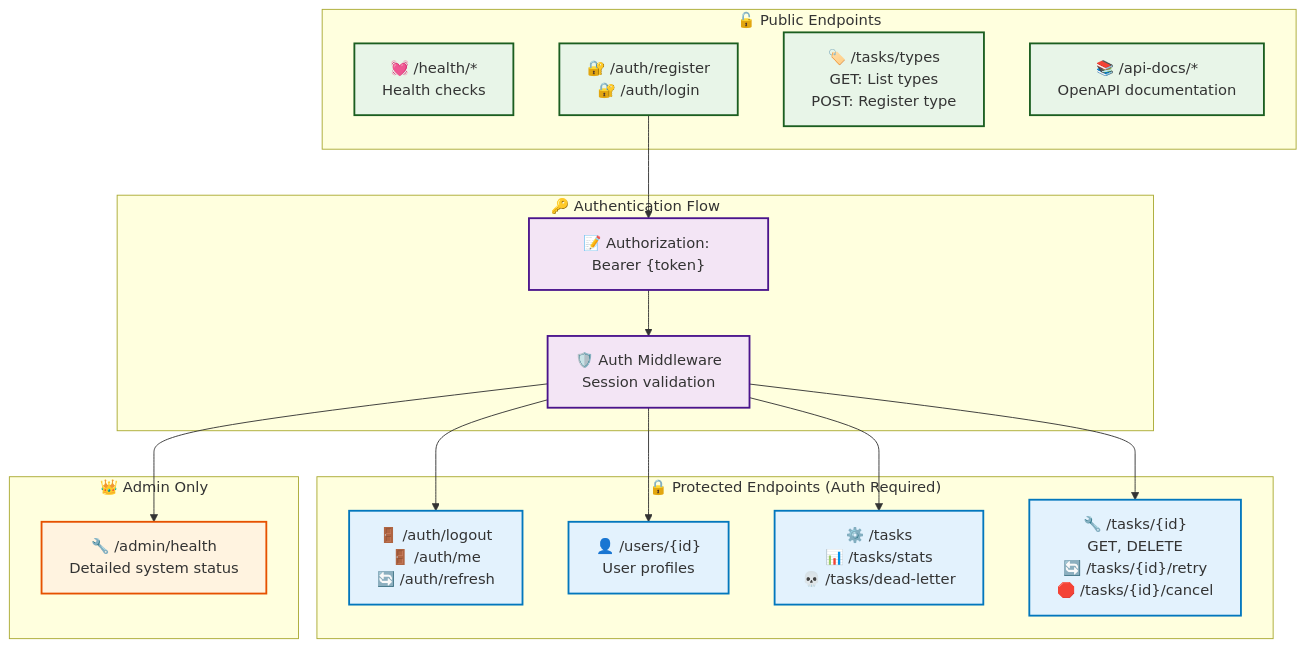
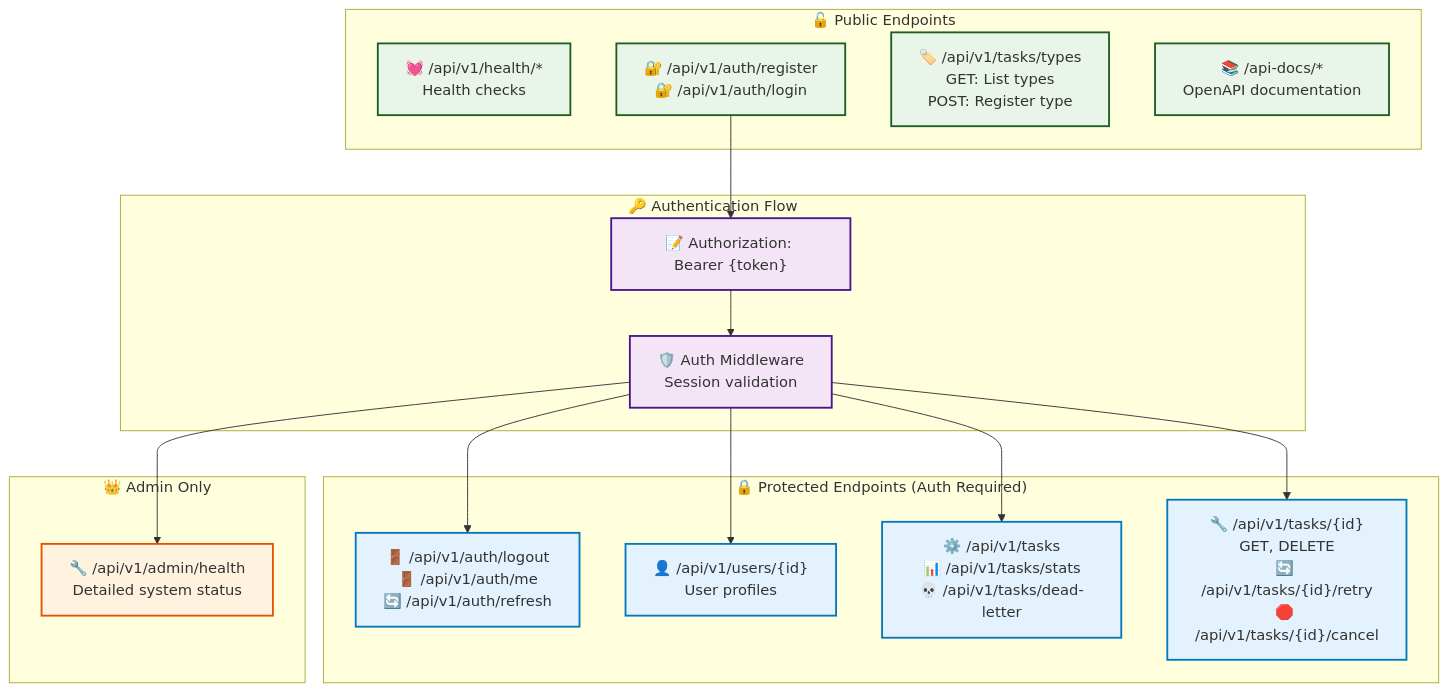
One commit to quanhua92/rust-fullstack-starter changed the diagram in docs/api-reference.md. Above: the diagram before and after it, drawn with Mermaid. The commit also changed other lines of this file and 37 other files, not shown here.

````diff
--- a/docs/api-reference.md
+++ b/docs/api-reference.md
@@ -31,43 +31,43 @@
 ```mermaid
 graph TB
     subgraph "🔓 Public Endpoints"
-        HEALTH[💓 /health/*<br/>Health checks]
-        AUTH_PUB[🔐 /auth/register<br/>🔐 /auth/login]
-        TYPES_PUB[🏷️ /tasks/types<br/>GET: List types<br/>POST: Register type]
+        HEALTH[💓 /api/v1/health/*<br/>Health checks]
+        AUTH_PUB[🔐 /api/v1/auth/register<br/>🔐 /api/v1/auth/login]
+        TYPES_PUB[🏷️ /api/v1/tasks/types<br/>GET: List types<br/>POST: Register type]
         DOCS[📚 /api-docs/*<br/>OpenAPI documentation]
     end
     
     subgraph "🔒 Protected Endpoints (Auth Required)"
-        AUTH_PROT[🚪 /auth/logout<br/>🚪 /auth/me<br/>🔄 /auth/refresh]
-        USERS["👤 /users/{id}<br/>User profiles"]
-        TASKS[⚙️ /tasks<br/>📊 /tasks/stats<br/>💀 /tasks/dead-letter]
-        TASK_OPS["🔧 /tasks/{id}<br/>GET, DELETE<br/>🔄 /tasks/{id}/retry<br/>🛑 /tasks/{id}/cancel"]
+        AUTH_PROT[🚪 /api/v1/auth/logout<br/>🚪 /api/v1/auth/me<br/>🔄 /api/v1/auth/refresh]
+        USERS["👤 /api/v1/users/{id}<br/>User profiles"]
+        TASKS[⚙️ /api/v1/tasks<br/>📊 /api/v1/tasks/stats<br/>💀 /api/v1/tasks/dead-letter]
+        TASK_OPS["🔧 /api/v1/tasks/{id}<br/>GET, DELETE<br/>🔄 /api/v1/tasks/{id}/retry<br/>🛑 /api/v1/tasks/{id}/cancel"]
     end
     
     subgraph "👑 Admin Only"
-        ADMIN[🔧 /admin/health<br/>Detailed system status]
+        ADMIN[🔧 /api/v1/admin/health<br/>Detailed system status]
     end
     
     subgraph "🔑 Authentication Flow"
         BEARER["📝 Authorization: Bearer {token}"]
         MIDDLEWARE[🛡️ Auth Middleware<br/>Session validation]
     end
     
     AUTH_PUB --> BEARER
     BEARER --> MIDDLEWARE
     MIDDLEWARE --> AUTH_PROT
     MIDDLEWARE --> USERS
     MIDDLEWARE --> TASKS
     MIDDLEWARE --> TASK_OPS
     MIDDLEWARE --> ADMIN
     
     classDef publicBox fill:#e8f5e8,stroke:#1b5e20,stroke-width:2px
     classDef protectedBox fill:#e3f2fd,stroke:#0277bd,stroke-width:2px
     classDef adminBox fill:#fff3e0,stroke:#e65100,stroke-width:2px
     classDef authBox fill:#f3e5f5,stroke:#4a148c,stroke-width:2px
     
     class HEALTH,AUTH_PUB,TYPES_PUB,DOCS publicBox
     class AUTH_PROT,USERS,TASKS,TASK_OPS protectedBox
     class ADMIN adminBox
     class BEARER,MIDDLEWARE authBox
 ```
````
